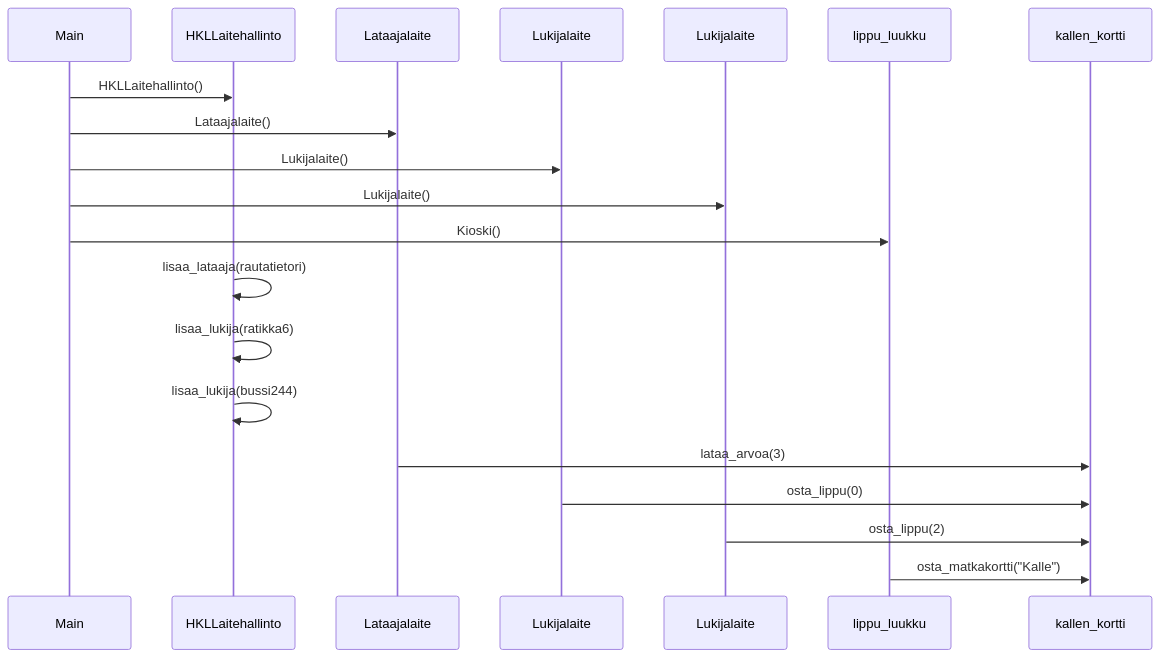
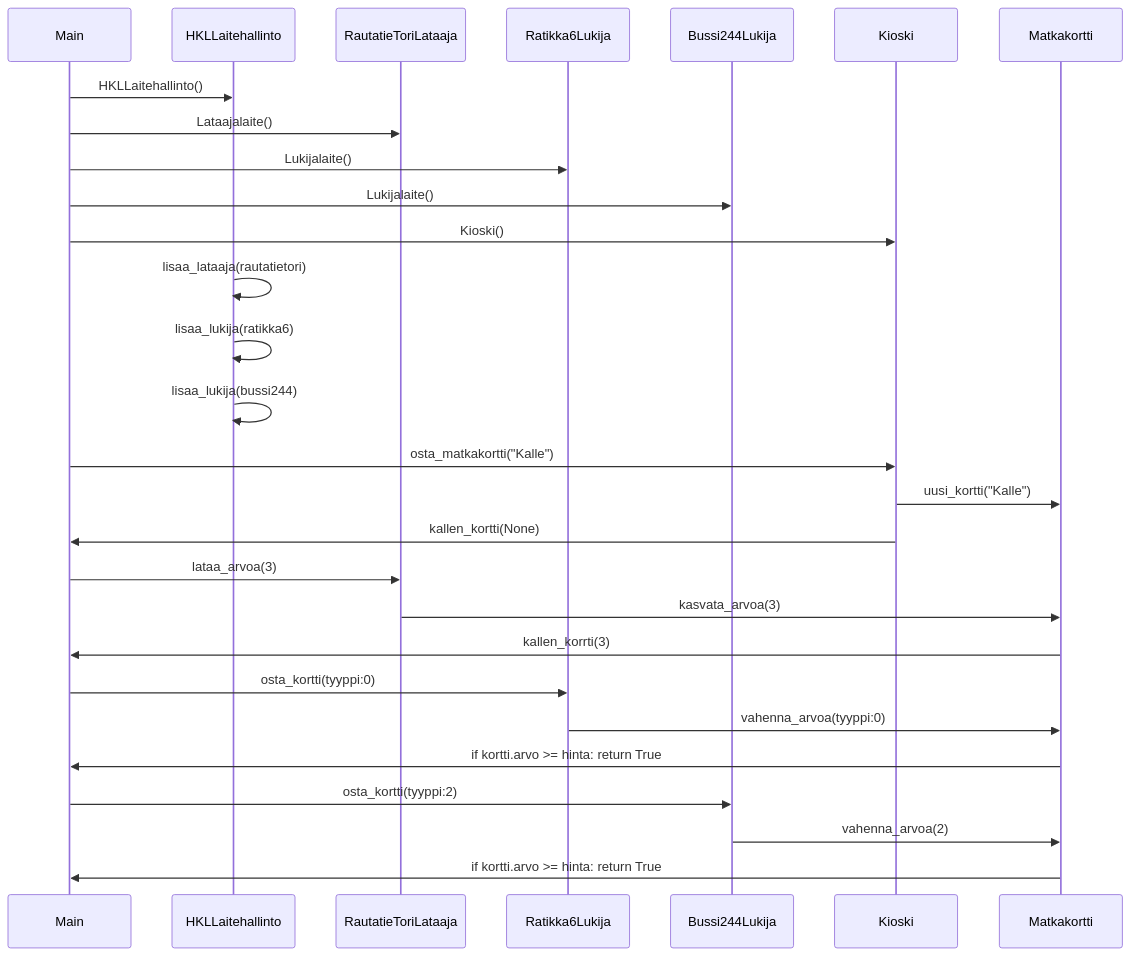
One commit to keranenkirill/OT-projekti changed the diagram in LASKARIT/viikko3/HSL_sekvenssikaavio.md. Above: the diagram before and after it, drawn with Mermaid.

Commit message:
VK3:feedback: HSL-sekvenssikaavion parantelu

````diff
--- a/LASKARIT/viikko3/HSL_sekvenssikaavio.md
+++ b/LASKARIT/viikko3/HSL_sekvenssikaavio.md
@@ -1,22 +1,39 @@
 ```mermaid
    sequenceDiagram
       participant main as Main
       participant laitehallinto as HKLLaitehallinto
-      participant rautatietori as Lataajalaite
-      participant ratikka6 as Lukijalaite
-      participant bussi244 as Lukijalaite
+      participant rautatietori as RautatieToriLataaja
+      participant ratikka6 as Ratikka6Lukija
+      participant bussi244 as Bussi244Lukija
+      participant lippu_luukku as Kioski
+      participant kallen_kortti as Matkakortti
       
       main ->> laitehallinto: HKLLaitehallinto()
       main ->> rautatietori: Lataajalaite()
       main ->> ratikka6: Lukijalaite()
       main ->> bussi244: Lukijalaite()
       main ->> lippu_luukku: Kioski()
+      
       laitehallinto ->> laitehallinto: lisaa_lataaja(rautatietori)
       laitehallinto ->> laitehallinto: lisaa_lukija(ratikka6)
       laitehallinto ->> laitehallinto: lisaa_lukija(bussi244)
+
+
+      main ->> lippu_luukku: osta_matkakortti("Kalle")
+      lippu_luukku ->> kallen_kortti: uusi_kortti("Kalle")
+      lippu_luukku ->> main: kallen_kortti(None)
       
-      rautatietori ->> kallen_kortti: lataa_arvoa(3)
-      ratikka6 ->> kallen_kortti: osta_lippu(0)
-      bussi244 ->> kallen_kortti: osta_lippu(2)
-      lippu_luukku ->> kallen_kortti: osta_matkakortti("Kalle")   
+
+      main ->> rautatietori: lataa_arvoa(3)
+      rautatietori ->> kallen_kortti: kasvata_arvoa(3)
+      kallen_kortti ->> main: kallen_korrti(3)
+
+      main ->> ratikka6: osta_kortti(tyyppi:0)
+      ratikka6 ->> kallen_kortti: vahenna_arvoa(tyyppi:0)
+      kallen_kortti ->> main: if kortti.arvo >= hinta: return True
+
+      main ->> bussi244: osta_kortti(tyyppi:2)
+      bussi244 ->> kallen_kortti: vahenna_arvoa(2)
+      kallen_kortti ->> main: if kortti.arvo >= hinta: return True
+      
 ```
````
